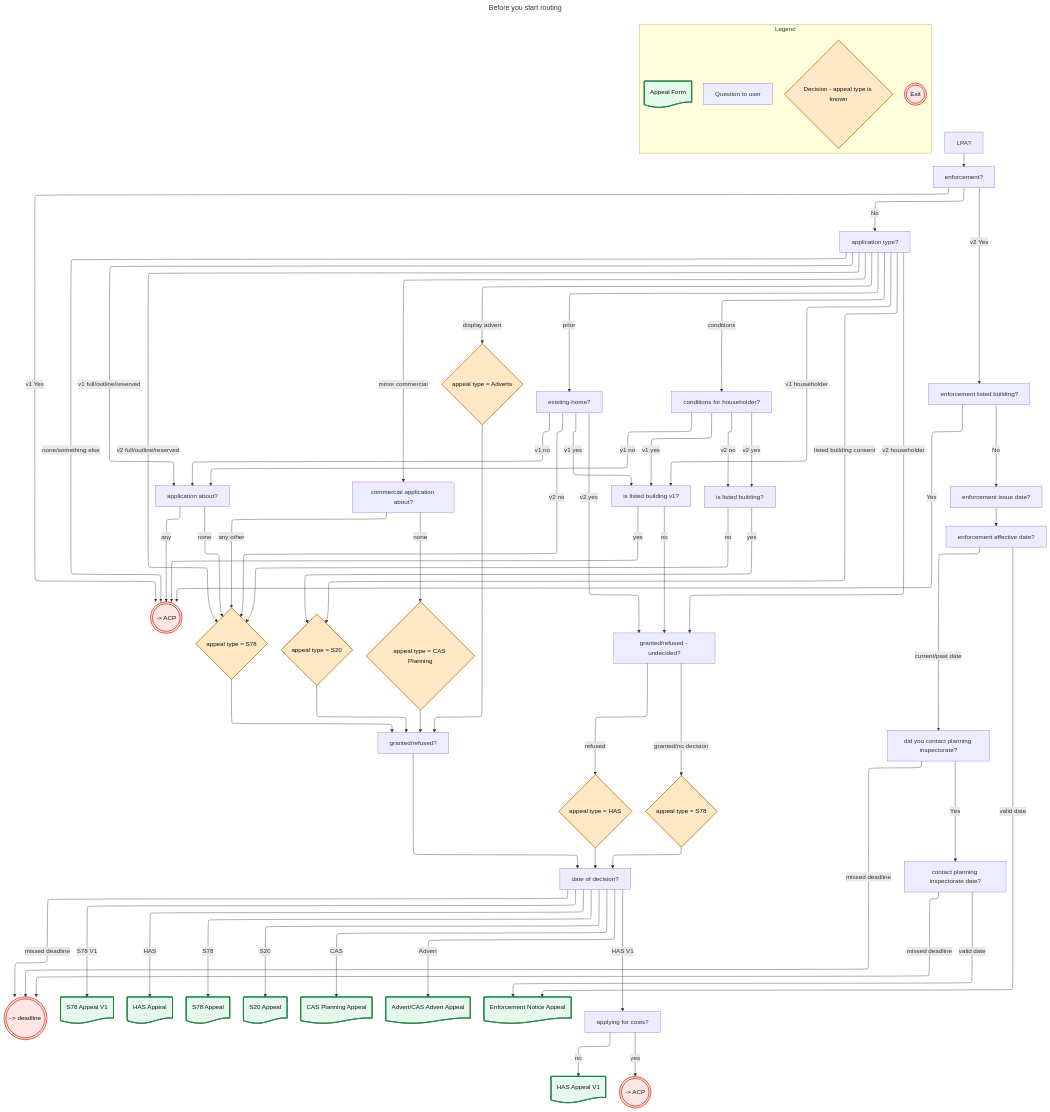
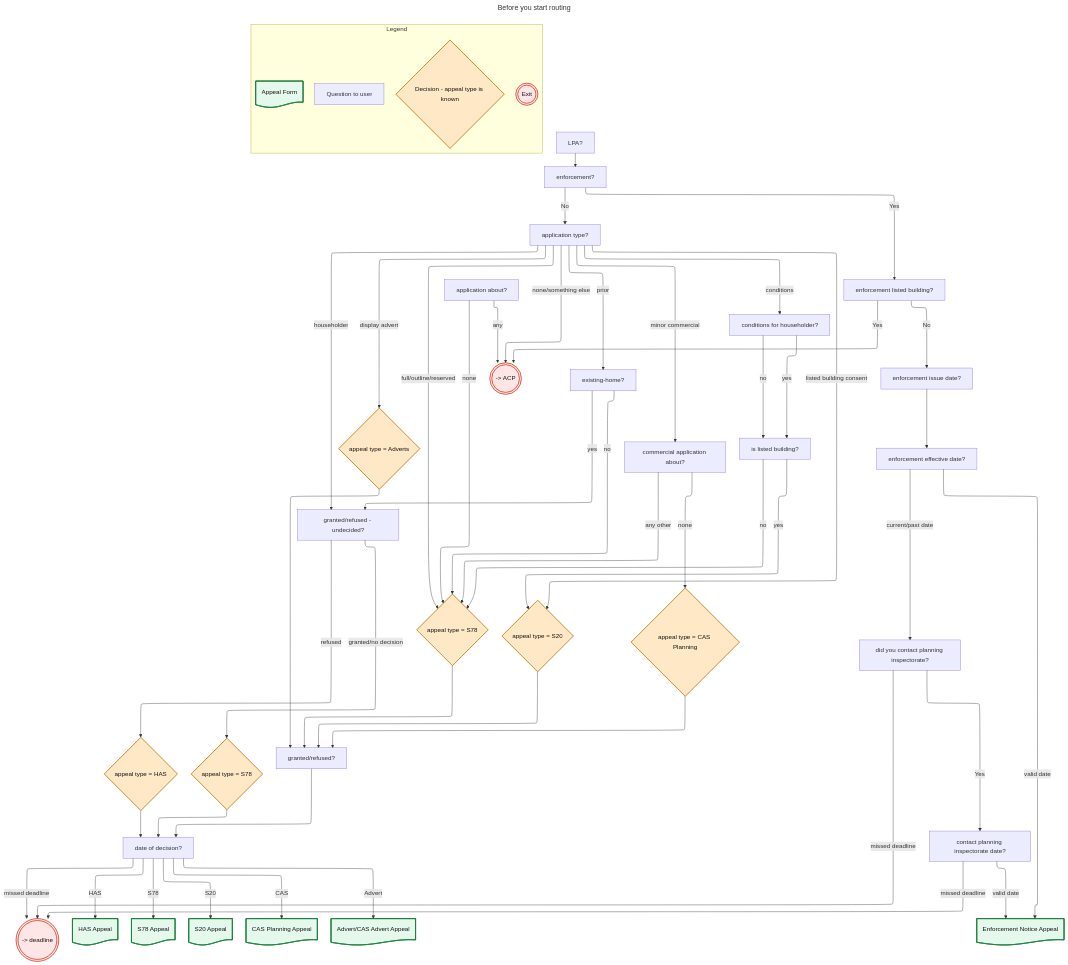
One commit to Planning-Inspectorate/appeal-planning-decision changed the diagram in docs/before-you-start.md. Above: the diagram before and after it, drawn with Mermaid. The commit also changed 74 other files, not shown here.

````diff
--- a/docs/before-you-start.md
+++ b/docs/before-you-start.md
@@ -29,8 +29,6 @@
     decideAdvert{appeal type = Adverts}:::decisionStyle
 
     %% Appeal Forms
-    HAS_V1@{ shape: doc, label: "HAS Appeal V1" }
-    S78_V1@{ shape: doc, label: "S78 Appeal V1" }
     HAS@{ shape: doc, label: "HAS Appeal" }
     S78@{ shape: doc, label: "S78 Appeal" }
     S20@{ shape: doc, label: "S20 Appeal" }
@@ -46,12 +44,10 @@
     applicationAboutCAS[commercial application about?]
     existingHome[existing-home?]
     conditionsHouseholder[conditions for householder?]
-    listedBuildingV1[is listed building v1?]
     listedBuilding[is listed building?]
     grantedRefused[granted/refused?]
     grantedRefusedUndecided[granted/refused - undecided?]
     decisionDate[date of decision?]
-    costsHouseholder[applying for costs?]
     enforcementListedBuilding[enforcement listed building?]
     enforcementIssueDate[enforcement issue date?]
     enforcementEffectiveDate[enforcement effective date?]
@@ -61,8 +57,7 @@
     %% routing
     lpa --> enforcement
 
-    enforcement -- v1 Yes --> acp1
-    enforcement -- v2 Yes --> enforcementListedBuilding
+    enforcement -- Yes --> enforcementListedBuilding
     enforcement -- No --> applicationType
 
     enforcementListedBuilding -- Yes --> acp1
@@ -79,10 +74,8 @@
     contactPlanningInspectorateDate -- valid date --> Enforcement
     contactPlanningInspectorateDate -- missed deadline --> deadline
 
-    applicationType -- v1 full/outline/reserved --> applicationAbout
-    applicationType -- v2 full/outline/reserved --> decideS78A
-    applicationType -- v1 householder --> listedBuildingV1
-    applicationType -- v2 householder --> grantedRefusedUndecided
+    applicationType -- full/outline/reserved --> decideS78A
+    applicationType -- householder --> grantedRefusedUndecided
     applicationType -- listed building consent --> decideS20
     applicationType -- display advert --> decideAdvert
     applicationType -- minor commercial --> applicationAboutCAS
@@ -96,20 +89,11 @@
     applicationAboutCAS -- none --> decideCAS
     applicationAboutCAS -- any other --> decideS78A
 
-    existingHome -- v1 yes --> listedBuildingV1
-    existingHome -- v1 no --> applicationAbout
+    existingHome -- yes --> grantedRefusedUndecided
+	existingHome -- no --> decideS78A
 
-    existingHome -- v2 yes --> grantedRefusedUndecided
-	existingHome -- v2 no --> decideS78A
-
-    conditionsHouseholder -- v1 yes --> listedBuildingV1
-    conditionsHouseholder -- v1 no --> applicationAbout
-
-    conditionsHouseholder -- v2 yes --> listedBuilding
-    conditionsHouseholder -- v2 no --> listedBuilding
-
-    listedBuildingV1 -- yes --> acp1
-    listedBuildingV1 -- no --> grantedRefusedUndecided
+    conditionsHouseholder -- yes --> listedBuilding
+    conditionsHouseholder -- no --> listedBuilding
 
     listedBuilding -- yes --> decideS20
     listedBuilding -- no --> decideS78A
@@ -133,16 +117,11 @@
     decisionDate -- Advert --> Advert
     decisionDate -- CAS --> CAS
     decisionDate -- S20 --> S20
-    decisionDate -- S78 V1 --> S78_V1
-    decisionDate -- HAS V1 --> costsHouseholder
-
-    costsHouseholder -- no --> HAS_V1
-    costsHouseholder -- yes --> acpCosts(((-> ACP))):::exitStyle
 
     %% styles
     classDef decisionStyle fill:#ffe8c6,stroke:#c26d00,color:#111,stroke-width:2px;
     classDef appealForm fill:#e5f8ec,stroke:#1b7f3c,color:#111,stroke-width:2px;
     classDef exitStyle fill:#ffe6e6,stroke:#d4351c,color:#111,stroke-width:2px;
 
-    class HAS_V1,S78_V1,HAS,S78,S20,Advert,CAS,legAppealForm,Enforcement,example appealForm;
+    class HAS,S78,S20,Advert,CAS,legAppealForm,Enforcement,example appealForm;
 ```
````
